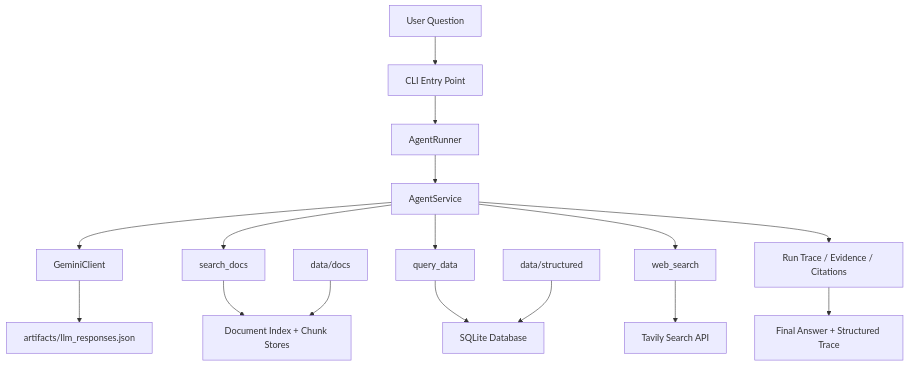
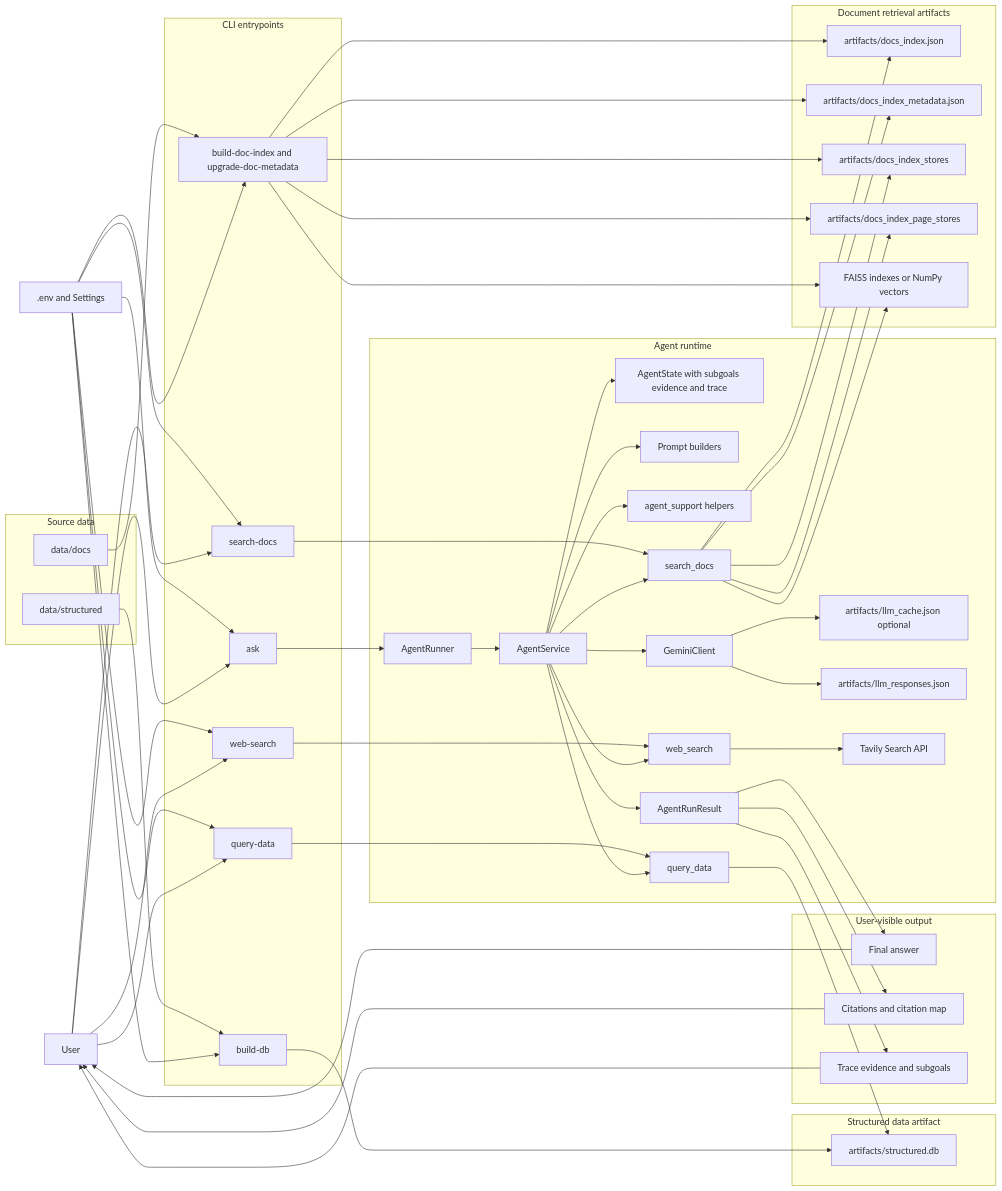
One commit to Umashankar86/prodapt-ver2 changed the first of 2 diagrams in docs/ARCHITECTURE.md. Above: the diagram before and after it, drawn with Mermaid. The commit also changed other lines of this file and 1 other file, not shown here.

Commit message:
Improve design and architecture docs

````diff
--- a/docs/ARCHITECTURE.md
+++ b/docs/ARCHITECTURE.md
@@ -7,22 +7,107 @@
 ```mermaid
-flowchart TD
-    U[User Question] --> CLI[CLI Entry Point]
-    CLI --> Runner[AgentRunner]
-    Runner --> Service[AgentService]
+flowchart LR
+    User[User]
+    Env[.env and Settings]
 
-    Service --> LLM[GeminiClient]
-    Service --> Docs[search_docs]
-    Service --> SQL[query_data]
-    Service --> Web[web_search]
+    subgraph CLI[CLI entrypoints]
+        Ask[ask]
+        SearchDocsCmd[search-docs]
+        QueryDataCmd[query-data]
+        WebSearchCmd[web-search]
+        BuildIndexCmd[build-doc-index and upgrade-doc-metadata]
+        BuildDbCmd[build-db]
+    end
 
-    Docs --> DocIndex[Document Index + Chunk Stores]
-    SQL --> SQLite[SQLite Database]
-    Web --> Tavily[Tavily Search API]
+    subgraph Inputs[Source data]
+        DocsDir[data/docs]
+        StructuredDir[data/structured]
+    end
 
-    LLM --> Log[artifacts/llm_responses.json]
-    Service --> Trace[Run Trace / Evidence / Citations]
-    Trace --> Output[Final Answer + Structured Trace]
+    subgraph DocArtifacts[Document retrieval artifacts]
+        GlobalDocIndex[artifacts/docs_index.json]
+        DocMetadata[artifacts/docs_index_metadata.json]
+        DocStores[artifacts/docs_index_stores]
+        PageStores[artifacts/docs_index_page_stores]
+        FaissOrNpy[FAISS indexes or NumPy vectors]
+    end
 
-    DataDocs[data/docs] --> DocIndex
-    DataStructured[data/structured] --> SQLite
+    subgraph StructuredArtifacts[Structured data artifact]
+        SQLite[artifacts/structured.db]
+    end
+
+    subgraph Runtime[Agent runtime]
+        Runner[AgentRunner]
+        Service[AgentService]
+        State[AgentState with subgoals evidence and trace]
+        Prompts[Prompt builders]
+        Support[agent_support helpers]
+        LLM[GeminiClient]
+        Cache[artifacts/llm_cache.json optional]
+        LlmLog[artifacts/llm_responses.json]
+        SearchDocsTool[search_docs]
+        QueryDataTool[query_data]
+        WebTool[web_search]
+        Tavily[Tavily Search API]
+        Result[AgentRunResult]
+    end
+
+    subgraph Output[User-visible output]
+        FinalAnswer[Final answer]
+        Citations[Citations and citation map]
+        TraceOut[Trace evidence and subgoals]
+    end
+
+    User --> Ask
+    User --> SearchDocsCmd
+    User --> QueryDataCmd
+    User --> WebSearchCmd
+    Env --> Ask
+    Env --> SearchDocsCmd
+    Env --> QueryDataCmd
+    Env --> WebSearchCmd
+    Env --> BuildIndexCmd
+    Env --> BuildDbCmd
+
+    DocsDir --> BuildIndexCmd
+    BuildIndexCmd --> GlobalDocIndex
+    BuildIndexCmd --> DocMetadata
+    BuildIndexCmd --> DocStores
+    BuildIndexCmd --> PageStores
+    BuildIndexCmd --> FaissOrNpy
+
+    StructuredDir --> BuildDbCmd
+    BuildDbCmd --> SQLite
+
+    Ask --> Runner
+    Runner --> Service
+    Service --> State
+    Service --> Prompts
+    Service --> Support
+    Service --> LLM
+    LLM --> Cache
+    LLM --> LlmLog
+
+    Service --> SearchDocsTool
+    Service --> QueryDataTool
+    Service --> WebTool
+
+    SearchDocsTool --> GlobalDocIndex
+    SearchDocsTool --> DocMetadata
+    SearchDocsTool --> DocStores
+    SearchDocsTool --> PageStores
+    SearchDocsTool --> FaissOrNpy
+    QueryDataTool --> SQLite
+    WebTool --> Tavily
+
+    SearchDocsCmd --> SearchDocsTool
+    QueryDataCmd --> QueryDataTool
+    WebSearchCmd --> WebTool
+
+    Service --> Result
+    Result --> FinalAnswer
+    Result --> Citations
+    Result --> TraceOut
+    FinalAnswer --> User
+    Citations --> User
+    TraceOut --> User
 ```
````
